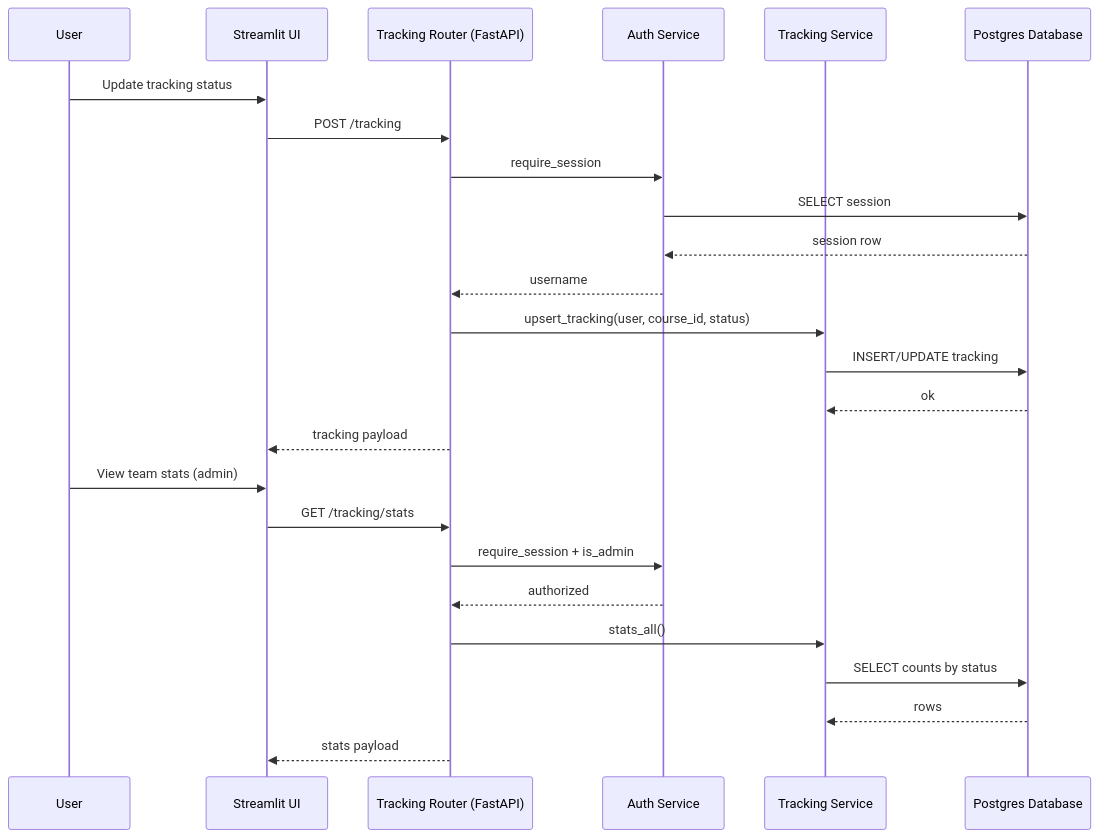
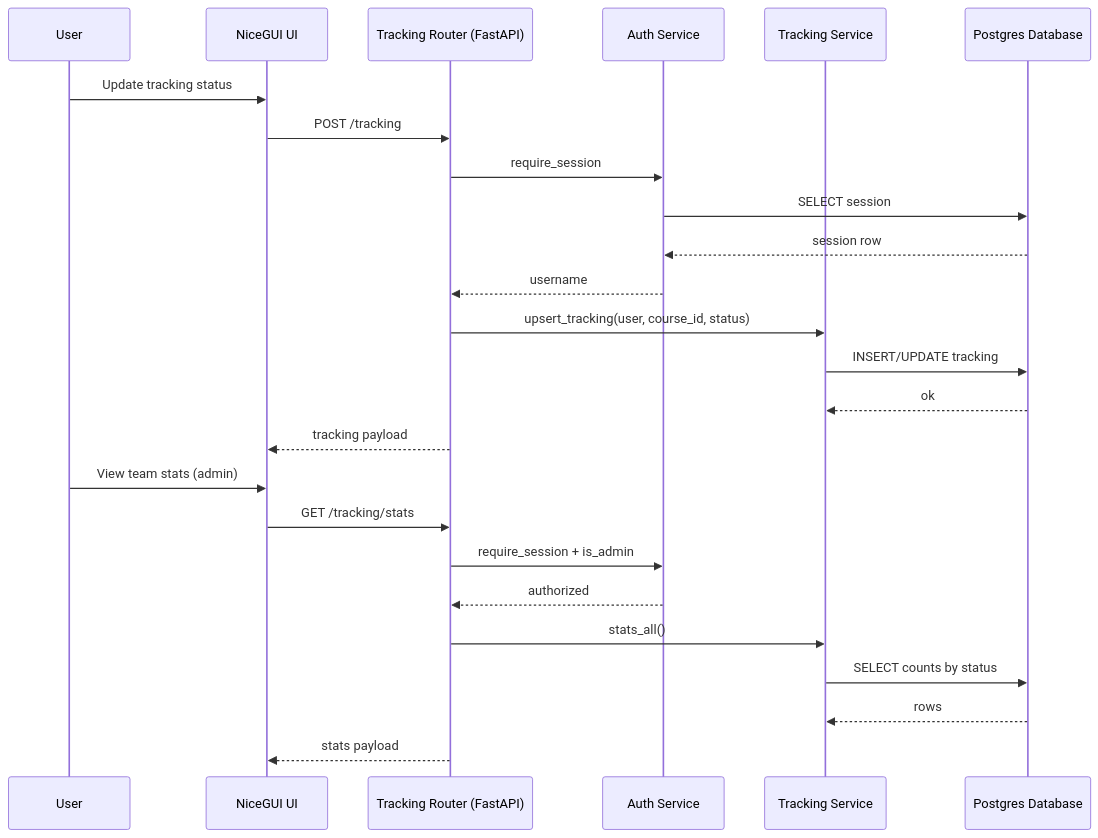
One commit to JustinMelger/Upstream changed diagram 11 of 13 in docs/architecture_backend.md. Above: the diagram before and after it, drawn with Mermaid. The commit also changed other lines of this file and 37 other files, not shown here.

````diff
--- a/docs/architecture_backend.md
+++ b/docs/architecture_backend.md
@@ -402,29 +402,29 @@
 ```mermaid
 sequenceDiagram
   participant User as User
-  participant UI as Streamlit UI
+  participant UI as NiceGUI UI
   participant API as Tracking Router (FastAPI)
   participant Auth as Auth Service
   participant Tracking as Tracking Service
   participant DB as Postgres Database
 
   User->>UI: Update tracking status
   UI->>API: POST /tracking
   API->>Auth: require_session
   Auth->>DB: SELECT session
   DB-->>Auth: session row
   Auth-->>API: username
   API->>Tracking: upsert_tracking(user, course_id, status)
   Tracking->>DB: INSERT/UPDATE tracking
   DB-->>Tracking: ok
   API-->>UI: tracking payload
 
   User->>UI: View team stats (admin)
   UI->>API: GET /tracking/stats
   API->>Auth: require_session + is_admin
   Auth-->>API: authorized
   API->>Tracking: stats_all()
   Tracking->>DB: SELECT counts by status
   DB-->>Tracking: rows
   API-->>UI: stats payload
 ```
````
